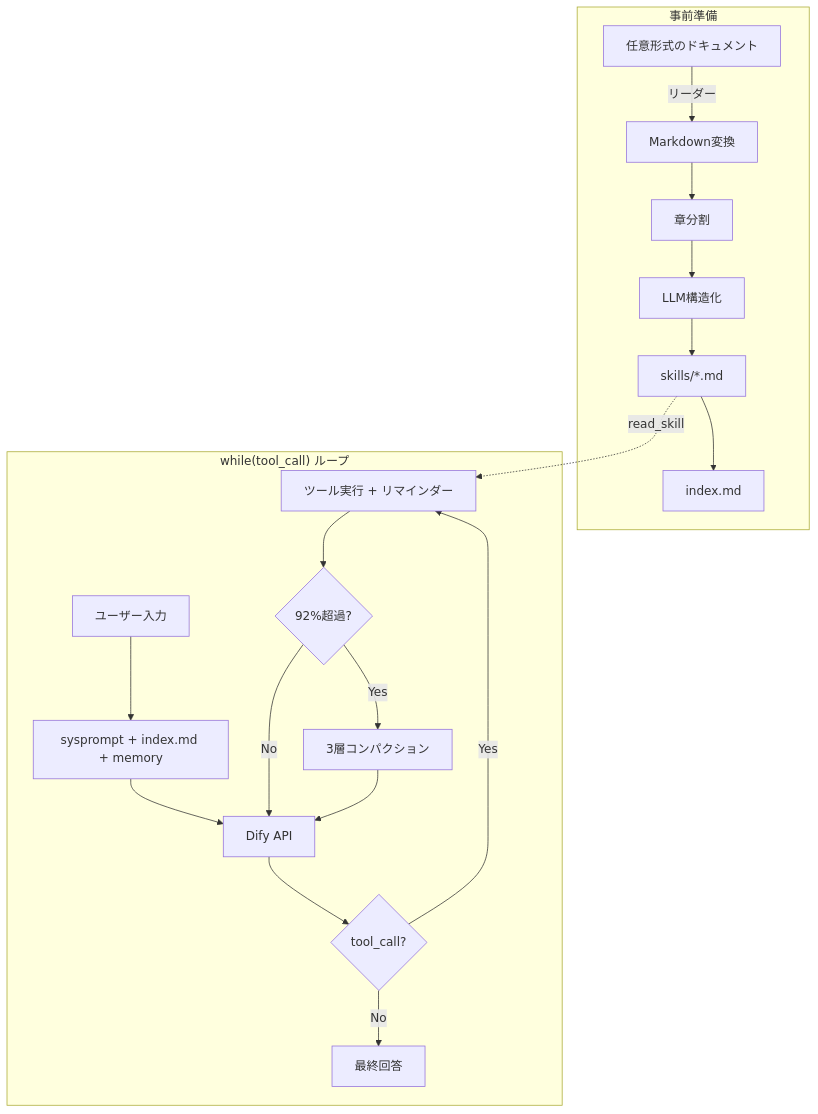
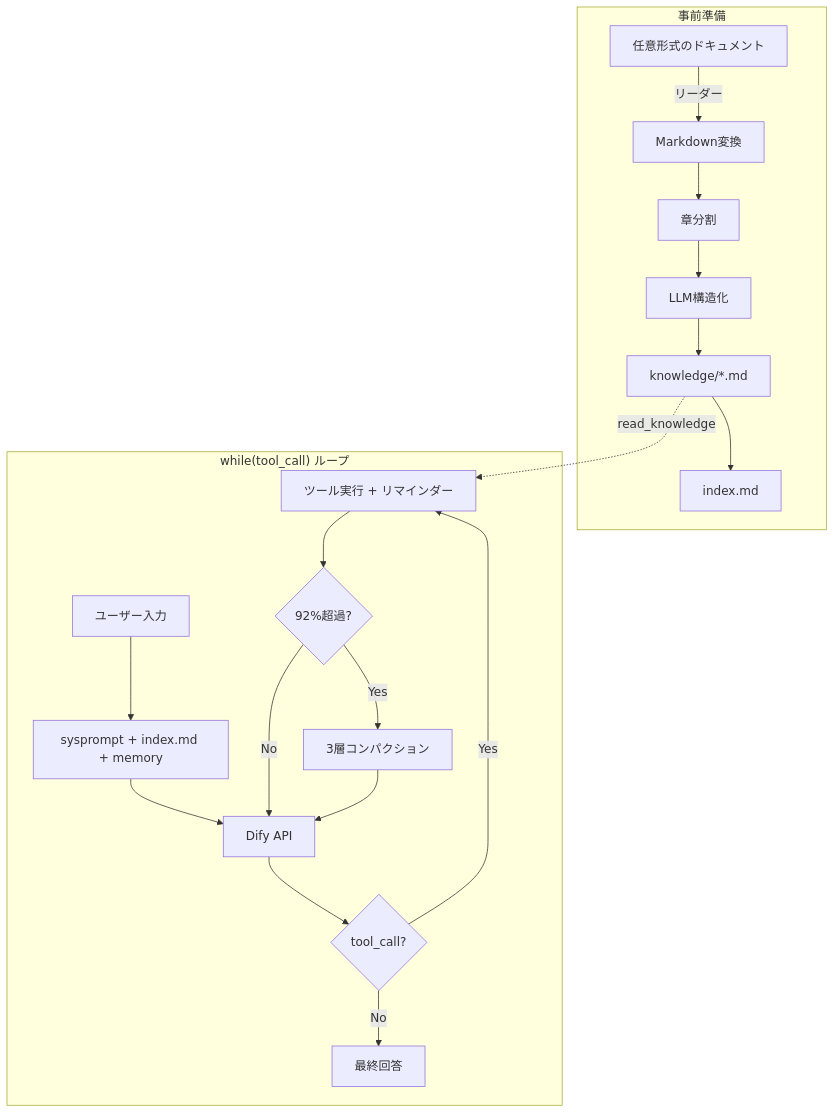
One commit to so16ezaki/llmTest changed the diagram in CLAUDE.md. Above: the diagram before and after it, drawn with Mermaid. The commit also changed other lines of this file and 18 other files, not shown here.

First line of the commit message:
refactor: rename skill/skills to knowledge across codebase

````diff
--- a/CLAUDE.md
+++ b/CLAUDE.md
@@ -333,21 +333,21 @@
 ```mermaid
 graph TD
     subgraph Prep[事前準備]
         SRC[任意形式のドキュメント] -->|リーダー| MD[Markdown変換]
-        MD --> SPLIT[章分割] --> STR[LLM構造化] --> SK[skills/*.md]
+        MD --> SPLIT[章分割] --> STR[LLM構造化] --> SK[knowledge/*.md]
         SK --> IDX[index.md]
     end
 
     subgraph Loop["while(tool_call) ループ"]
         Q[ユーザー入力] --> INIT[sysprompt + index.md + memory]
         INIT --> API[Dify API]
         API --> CHK{tool_call?}
         CHK -->|No| ANS[最終回答]
         CHK -->|Yes| EXEC[ツール実行 + リマインダー]
         EXEC --> CMP{92%超過?}
         CMP -->|No| API
         CMP -->|Yes| T123[3層コンパクション] --> API
     end
 
-    SK -.->|read_skill| EXEC
+    SK -.->|read_knowledge| EXEC
 ```
````
